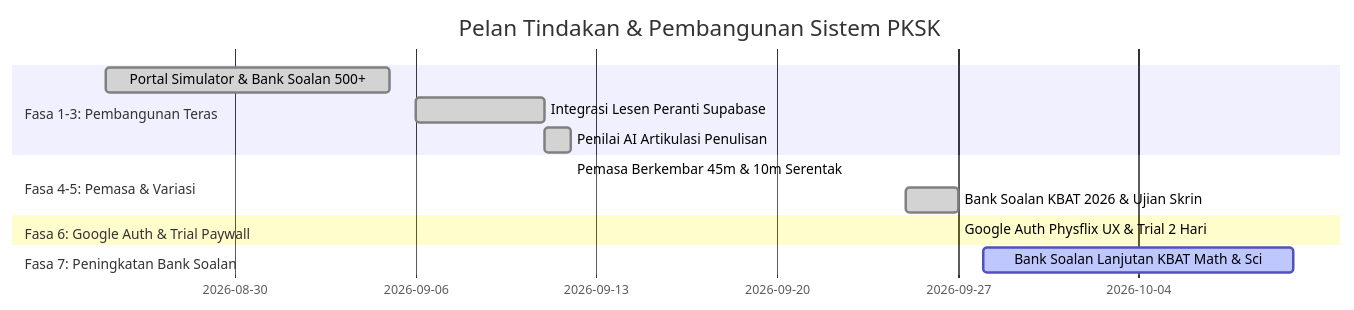
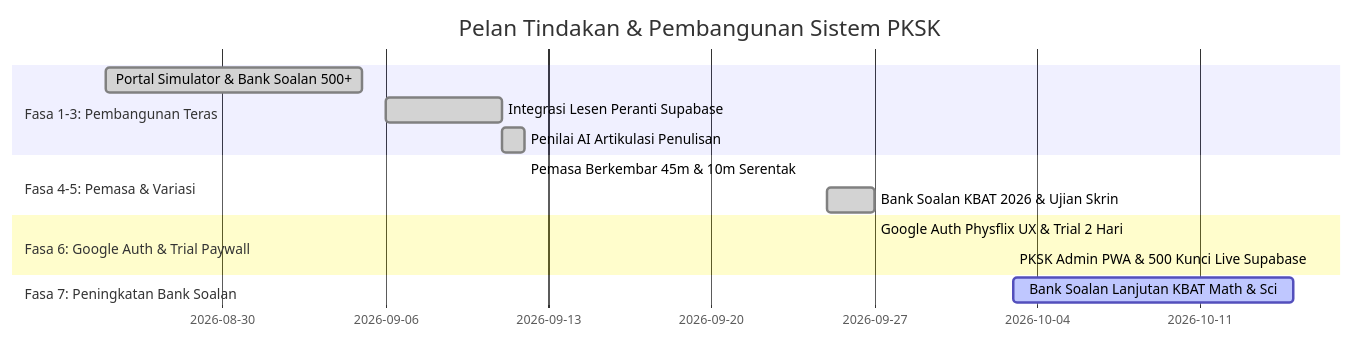
The diagram in ROADMAP.md (abdulhalimroslan2/PKSK), drawn with Mermaid before and after one commit. The commit also changed other lines of this file and 1 other file, not shown here.

Commit message:
docs: kemas kini PROJECT_FLOW.md dan ROADMAP.md (PKSK Admin PWA & sedia Fasa 7)

````diff
--- a/ROADMAP.md
+++ b/ROADMAP.md
@@ -10,16 +10,17 @@
 ```mermaid
 gantt
     title Pelan Tindakan & Pembangunan Sistem PKSK
     dateFormat  YYYY-MM-DD
     section Fasa 1-3: Pembangunan Teras
     Portal Simulator & Bank Soalan 500+   :done, f1, 2026-08-25, 2026-09-05
     Integrasi Lesen Peranti Supabase     :done, f2, 2026-09-06, 2026-09-11
     Penilai AI Artikulasi Penulisan      :done, f3, 2026-09-11, 2026-09-12
     section Fasa 4-5: Pemasa & Variasi
     Pemasa Berkembar 45m & 10m Serentak   :done, f4, 2026-09-12, 2026-09-12
     Bank Soalan KBAT 2026 & Ujian Skrin   :done, f5, 2026-09-25, 2026-09-27
     section Fasa 6: Google Auth & Trial Paywall
     Google Auth Physflix UX & Trial 2 Hari :done, f6, 2026-09-27, 2026-09-27
+    PKSK Admin PWA & 500 Kunci Live Supabase :done, admin, 2026-10-03, 2026-10-03
     section Fasa 7: Peningkatan Bank Soalan
-    Bank Soalan Lanjutan KBAT Math & Sci  :active, f7, 2026-09-28, 2026-10-10
+    Bank Soalan Lanjutan KBAT Math & Sci  :active, f7, 2026-10-03, 2026-10-15
 ```
````
